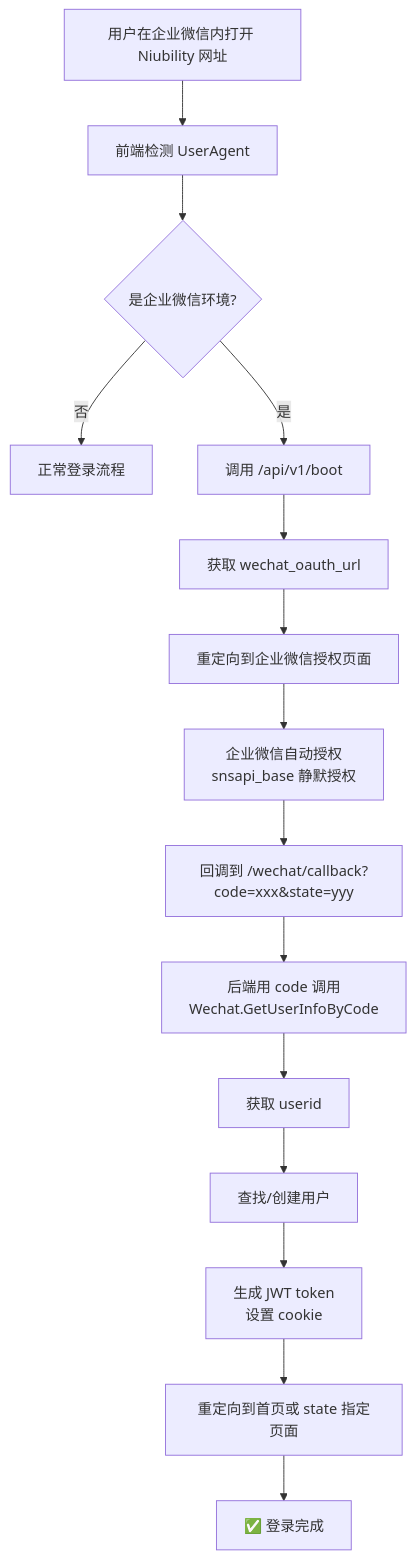
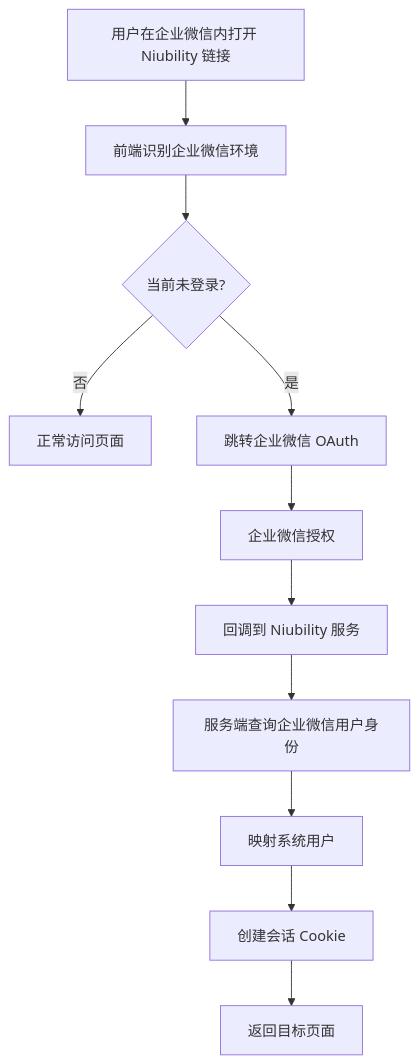
Before and after one commit to miclle/niubility: the diagram in docs/wechat-oauth.md, drawn with Mermaid. The commit also changed other lines of this file and 9 other files, not shown here.

````diff
--- a/docs/wechat-oauth.md
+++ b/docs/wechat-oauth.md
@@ -11,17 +27,13 @@
 ```mermaid
 flowchart TD
-    A[用户在企业微信内打开 Niubility 网址] --> B[前端检测 UserAgent]
-    B --> C{是企业微信环境?}
-    C -->|否| D[正常登录流程]
-    C -->|是| E[调用 /api/v1/boot]
-    E --> F[获取 wechat_oauth_url]
-    F --> G[重定向到企业微信授权页面]
-    G --> H[企业微信自动授权<br/>snsapi_base 静默授权]
-    H --> I[回调到 /wechat/callback?code=xxx&state=yyy]
-    I --> J[后端用 code 调用<br/>Wechat.GetUserInfoByCode]
-    J --> K[获取 userid]
-    K --> L[查找/创建用户]
-    L --> M[生成 JWT token<br/>设置 cookie]
-    M --> N[重定向到首页或 state 指定页面]
-    N --> O[✅ 登录完成]
+    A[用户在企业微信内打开 Niubility 链接] --> B[前端识别企业微信环境]
+    B --> C{当前未登录?}
+    C -->|否| D[正常访问页面]
+    C -->|是| E[跳转企业微信 OAuth]
+    E --> F[企业微信授权]
+    F --> G[回调到 Niubility 服务]
+    G --> H[服务端查询企业微信用户身份]
+    H --> I[映射系统用户]
+    I --> J[创建会话 Cookie]
+    J --> K[返回目标页面]
 ```
````
